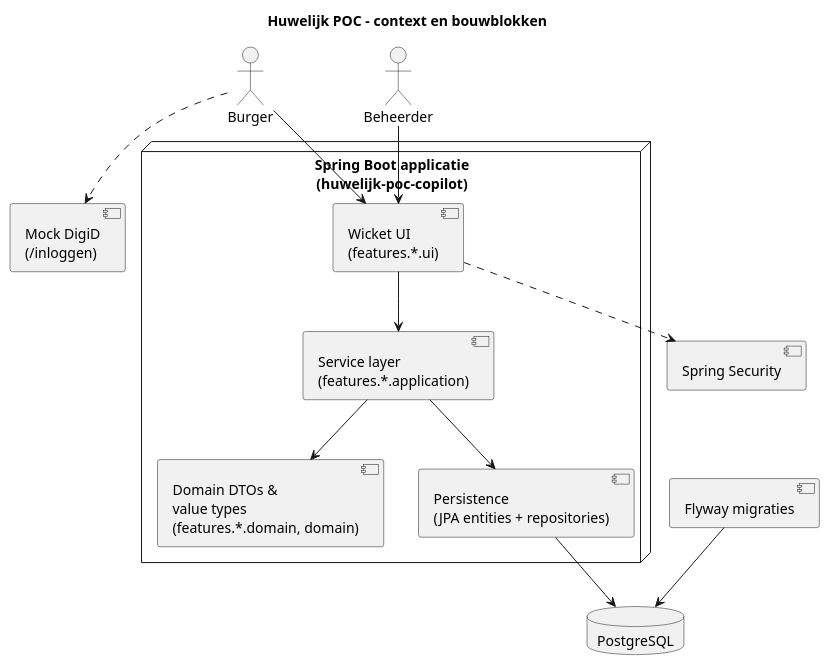
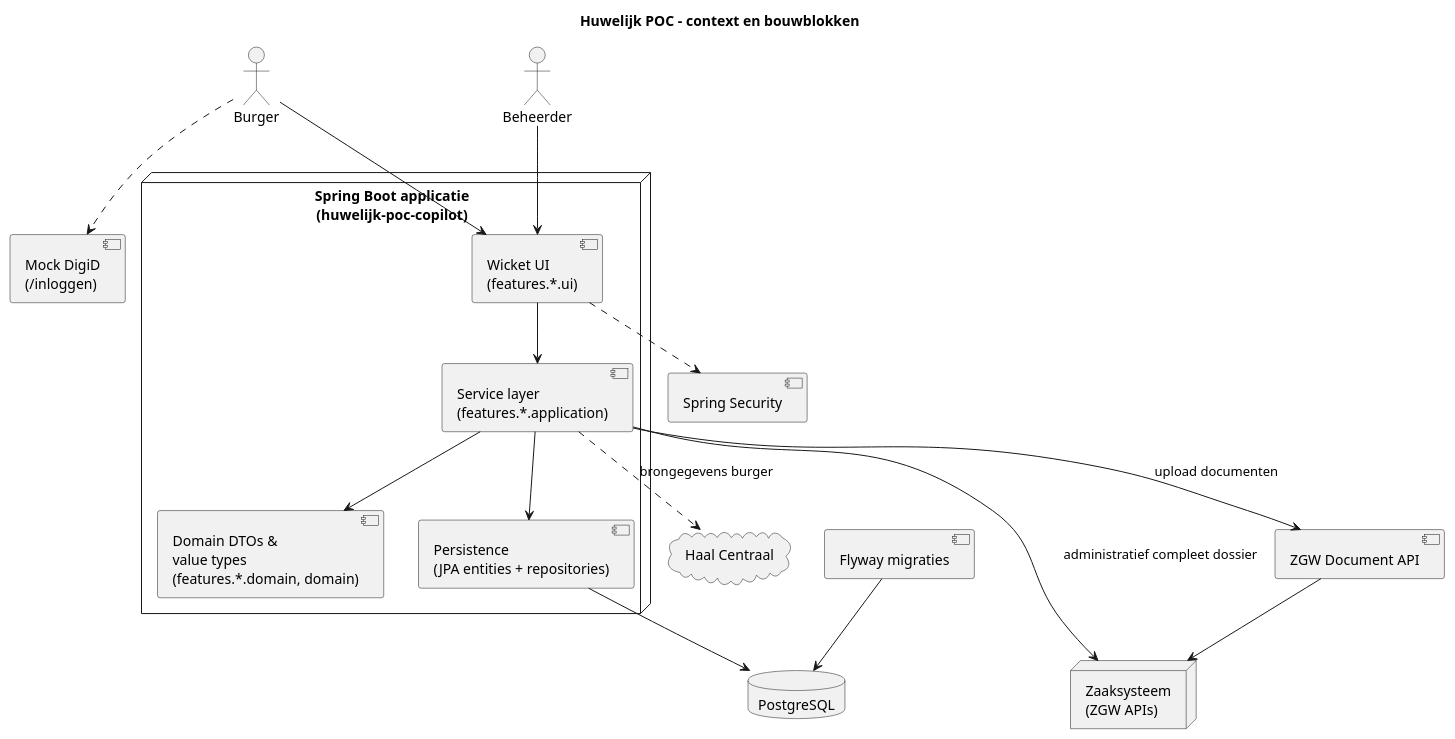
Before and after one commit to Municipality-of-Rotterdam/verbonden: the diagram in docs/architectuur-context.puml, drawn with PlantUML. The commit also changed 1 other file, not shown here.

Commit message:
docs: add common ground architecture principles
Agent-Logs-Url: https://github.com/Municipality-of-Rotterdam/huwelijk-poc-copilot/sessions/4067163a-e679-45fd-97f1-8d72666cc1bc

```diff
--- a/docs/architectuur-context.puml
+++ b/docs/architectuur-context.puml
@@ -1,33 +1,40 @@
 @startuml
 skinparam packageStyle rectangle
 skinparam shadowing false
 
 title Huwelijk POC - context en bouwblokken
 
 actor "Burger" as Citizen
 actor "Beheerder" as Admin
 
 node "Spring Boot applicatie\n(huwelijk-poc-copilot)" as App {
   component "Wicket UI\n(features.*.ui)" as UI
   component "Service layer\n(features.*.application)" as Service
   component "Domain DTOs &\nvalue types\n(features.*.domain, domain)" as Domain
   component "Persistence\n(JPA entities + repositories)" as Persistence
 
   UI --> Service
   Service --> Domain
   Service --> Persistence
 }
 
 database "PostgreSQL" as Db
 component "Flyway migraties" as Flyway
 component "Spring Security" as Security
 component "Mock DigiD\n(/inloggen)" as MockDigid
+cloud "Haal Centraal" as HaalCentraal
+node "Zaaksysteem\n(ZGW APIs)" as Zaaksysteem
+component "ZGW Document API" as ZgwDocumentApi
 
 Citizen --> UI
 Admin --> UI
 UI ..> Security
 Citizen ..> MockDigid
+Service ..> HaalCentraal : brongegevens burger
+Service --> Zaaksysteem : administratief compleet dossier
+Service --> ZgwDocumentApi : upload documenten
+ZgwDocumentApi --> Zaaksysteem
 Persistence --> Db
 Flyway --> Db
 
 @enduml
```
